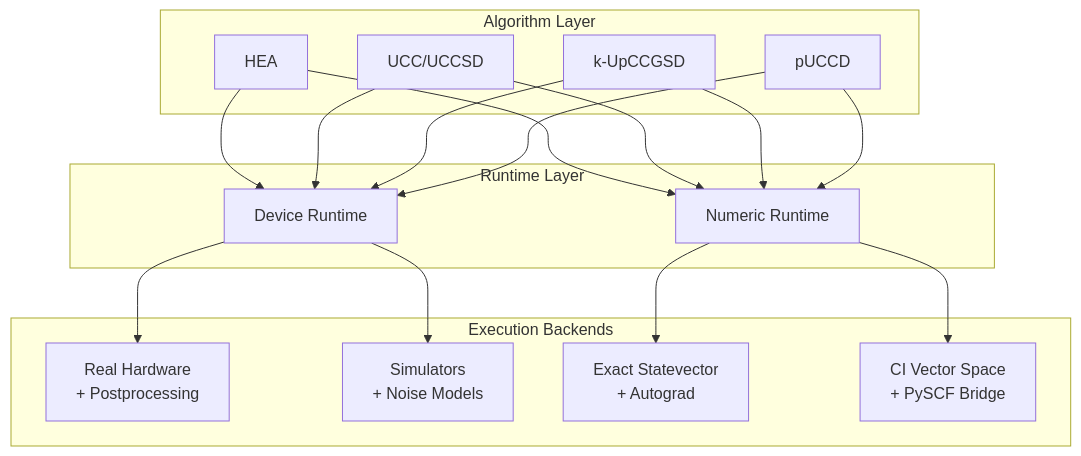
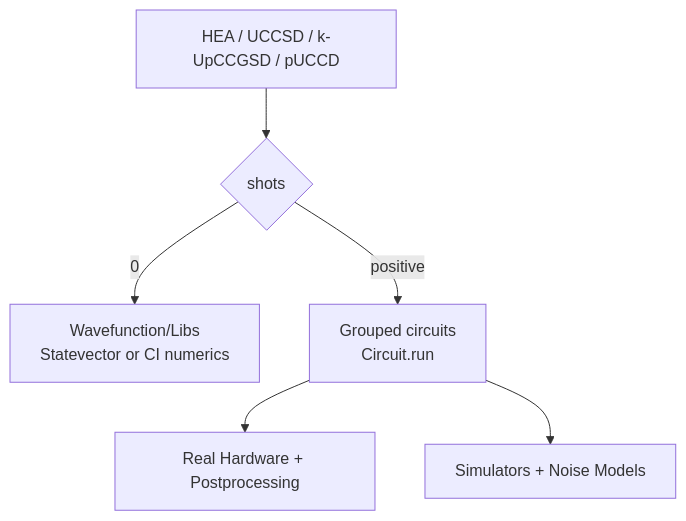
Before and after one commit to QureGenAI-Biotech/TyxonQ: the fourth of 5 diagrams in TYXONQ_TECHNICAL_WHITEPAPER.md, drawn with Mermaid. The commit also changed other lines of this file and 309 other files, not shown here.

````diff
--- a/TYXONQ_TECHNICAL_WHITEPAPER.md
+++ b/TYXONQ_TECHNICAL_WHITEPAPER.md
@@ -607,35 +599,8 @@
 ```mermaid
 flowchart TB
-    subgraph "Algorithm Layer"
-        A1[HEA]
-        A2[UCC/UCCSD]
-        A3[k-UpCCGSD]
-        A4[pUCCD]
-    end
-    
-    subgraph "Runtime Layer"
-        R1[Device Runtime]
-        R2[Numeric Runtime]
-    end
-    
-    subgraph "Execution Backends"
-        E1[Real Hardware<br/>+ Postprocessing]
-        E2[Simulators<br/>+ Noise Models]
-        E3[Exact Statevector<br/>+ Autograd]
-        E4[CI Vector Space<br/>+ PySCF Bridge]
-    end
-    
-    A1 --> R1
-    A1 --> R2
-    A2 --> R1
-    A2 --> R2
-    A3 --> R1
-    A3 --> R2
-    A4 --> R1
-    A4 --> R2
-    
-    R1 --> E1
-    R1 --> E2
-    R2 --> E3
-    R2 --> E4
+    A[HEA / UCCSD / k-UpCCGSD / pUCCD] --> S{shots}
+    S -->|0| N[Wavefunction/Libs<br/>Statevector or CI numerics]
+    S -->|positive| C[Grouped circuits<br/>Circuit.run]
+    C --> E1[Real Hardware + Postprocessing]
+    C --> E2[Simulators + Noise Models]
 ```
````
